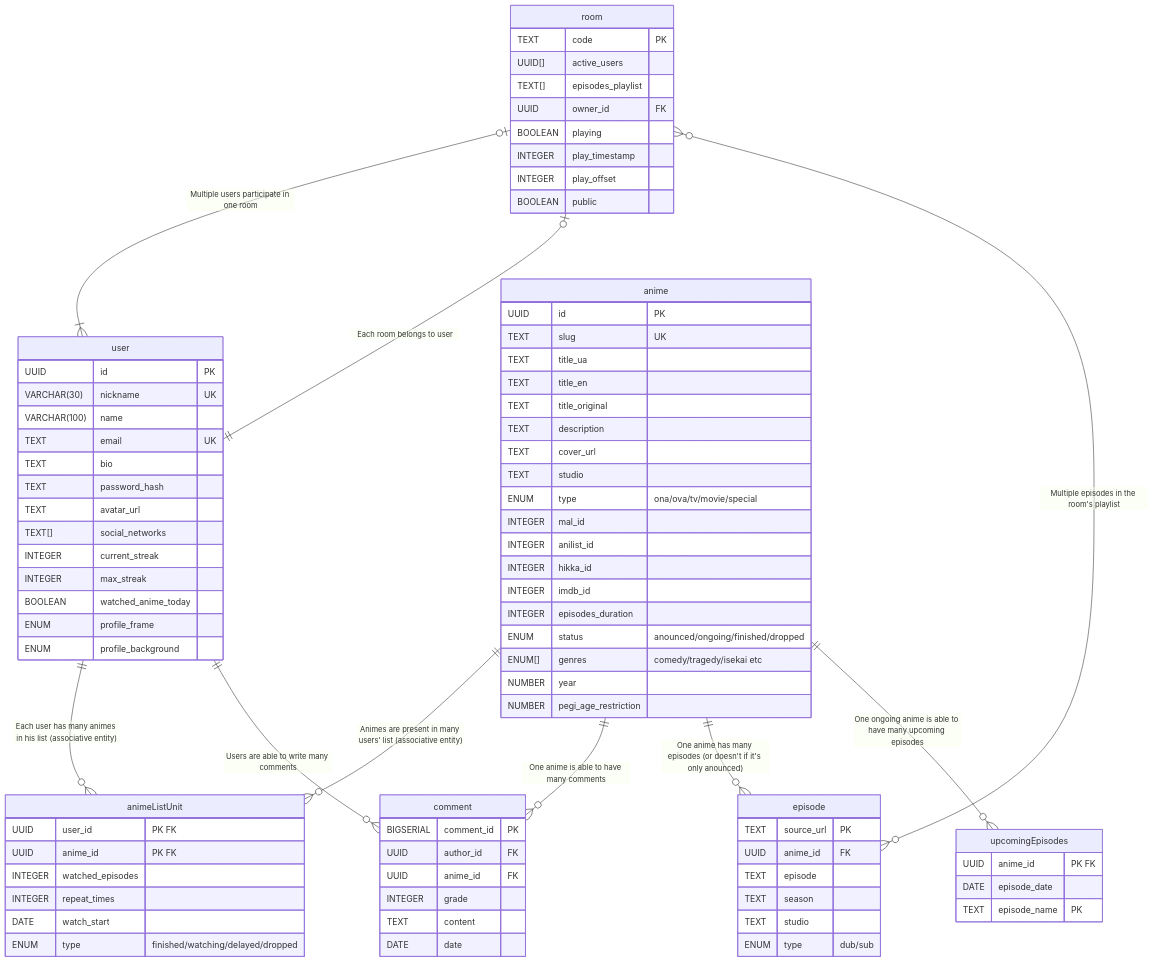
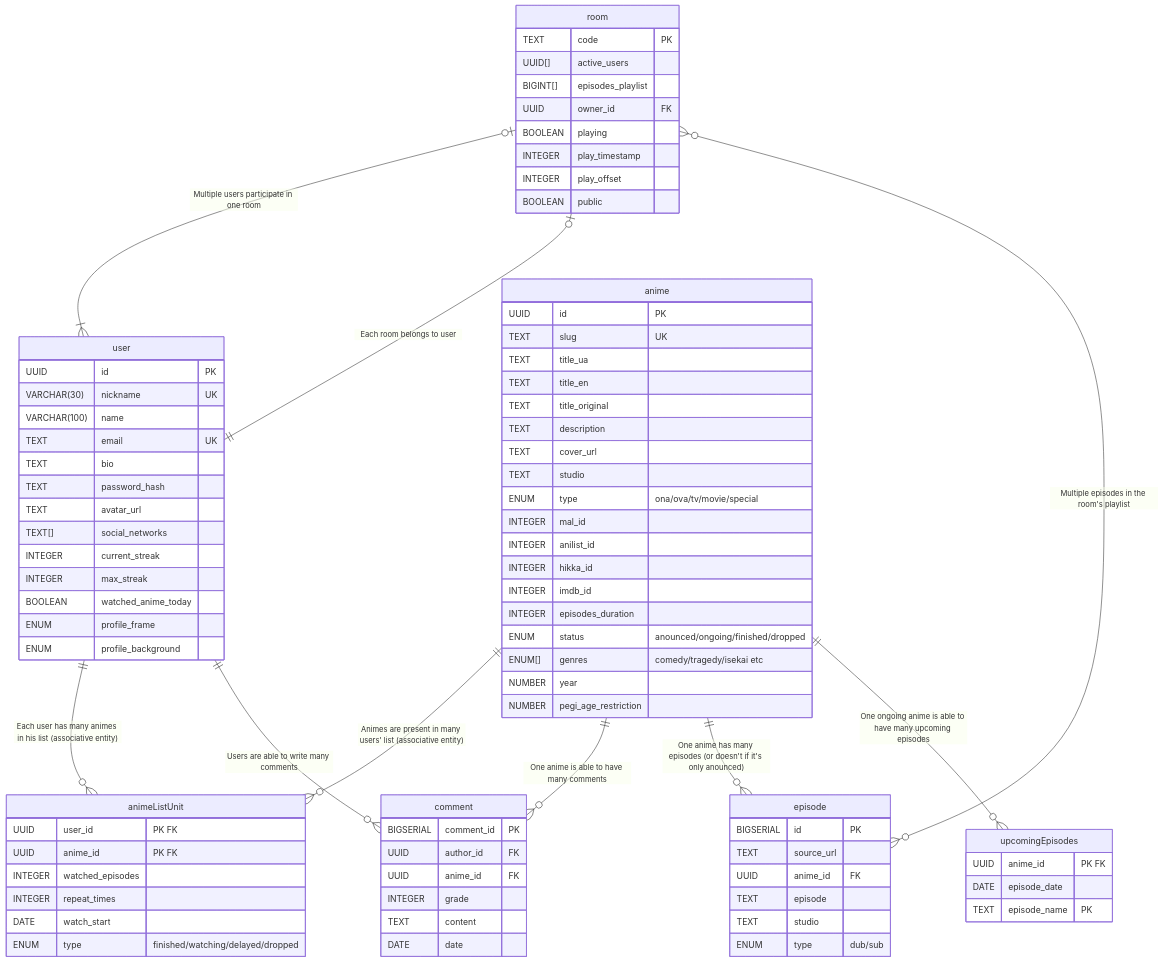
One commit to dadencukillia/db-intro-course changed the diagram in labs/1 - ER Diagram/erd.mmd. Above: the diagram before and after it, drawn with Mermaid. The commit also changed 1 other file, not shown here.

```diff
--- a/labs/1 - ER Diagram/erd.mmd
+++ b/labs/1 - ER Diagram/erd.mmd
@@ -1,91 +1,91 @@
 erDiagram
   user {
     UUID id  "PK"  
     VARCHAR(30) nickname  "UK"  
     VARCHAR(100) name  ""  
     TEXT email  "UK"  
     TEXT bio  ""  
     TEXT password_hash  ""  
     TEXT avatar_url  ""  
     TEXT[] social_networks  ""  
     INTEGER current_streak  ""  
     INTEGER max_streak  ""  
     BOOLEAN watched_anime_today  ""  
     ENUM profile_frame  ""  
     ENUM profile_background  ""  
   }
 
   anime {
     UUID id  "PK"  
     TEXT slug  "UK"  
     TEXT title_ua  ""  
     TEXT title_en  ""  
     TEXT title_original  ""  
     TEXT description  ""  
     TEXT cover_url  ""  
     TEXT studio  ""
     ENUM type "ona/ova/tv/movie/special"
     INTEGER mal_id  ""  
     INTEGER anilist_id  ""  
     INTEGER hikka_id  ""  
     INTEGER imdb_id  ""  
     INTEGER episodes_duration  ""  
     ENUM status  "anounced/ongoing/finished/dropped"  
     ENUM[] genres  "comedy/tragedy/isekai etc"  
     NUMBER year  ""  
     NUMBER pegi_age_restriction  ""  
   }
 
   episode {
-    TEXT source_url  "PK"  
+    BIGSERIAL id "PK"
+    TEXT source_url  ""  
     UUID anime_id  "FK"  
     TEXT episode  ""
-    TEXT season  "" 
     TEXT studio  ""
     ENUM type  "dub/sub"  
   }
 
   comment {
     BIGSERIAL comment_id "PK"
     UUID author_id "FK"
     UUID anime_id  "FK"
     INTEGER grade
     TEXT content
     DATE date
   }
 
   room {
     TEXT code "PK"
     UUID[] active_users
-    TEXT[] episodes_playlist
+    BIGINT[] episodes_playlist
     UUID owner_id "FK"
     BOOLEAN playing
     INTEGER play_timestamp
     INTEGER play_offset
     BOOLEAN public
   }
 
   animeListUnit {
     UUID user_id "PK FK"
     UUID anime_id "PK FK"
     INTEGER watched_episodes
     INTEGER repeat_times
     DATE watch_start
     ENUM type "finished/watching/delayed/dropped"
   }
 
   upcomingEpisodes {
     UUID anime_id "PK FK"
     DATE episode_date
     TEXT episode_name "PK" 
   }
 
   anime ||--O{ animeListUnit : "Animes are present in many users' list (associative entity)"
   user ||--O{ animeListUnit : "Each user has many animes in his list (associative entity)" 
   room |O--|{ user : "Multiple users participate in one room"
   room |O--|| user : "Each room belongs to user"
   room }O--O{ episode : "Multiple episodes in the room's playlist"
   user ||--O{ comment : "Users are able to write many comments"
   anime ||--O{ comment : "One anime is able to have many comments"
   anime ||--O{ episode : "One anime has many episodes (or doesn't if it's only anounced)"
   anime ||--O{ upcomingEpisodes : "One ongoing anime is able to have many upcoming episodes"
```
